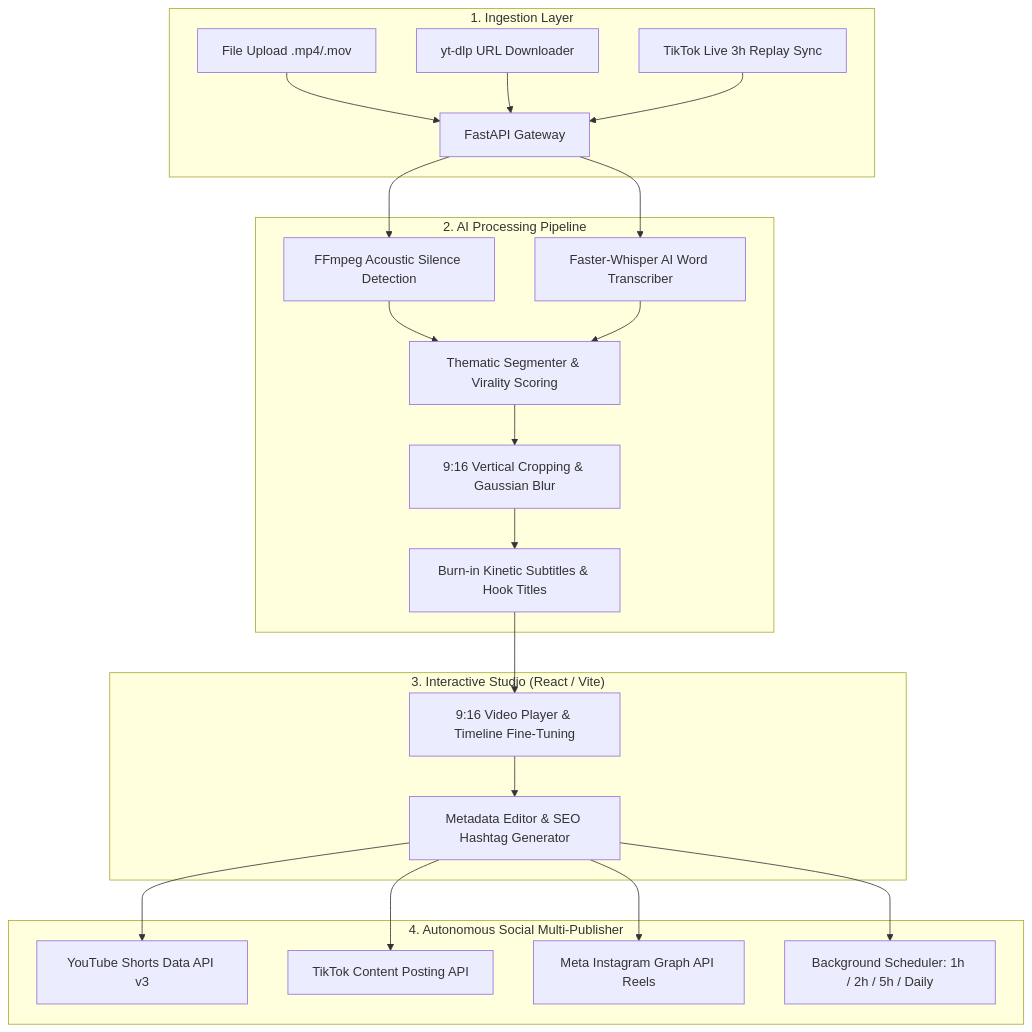
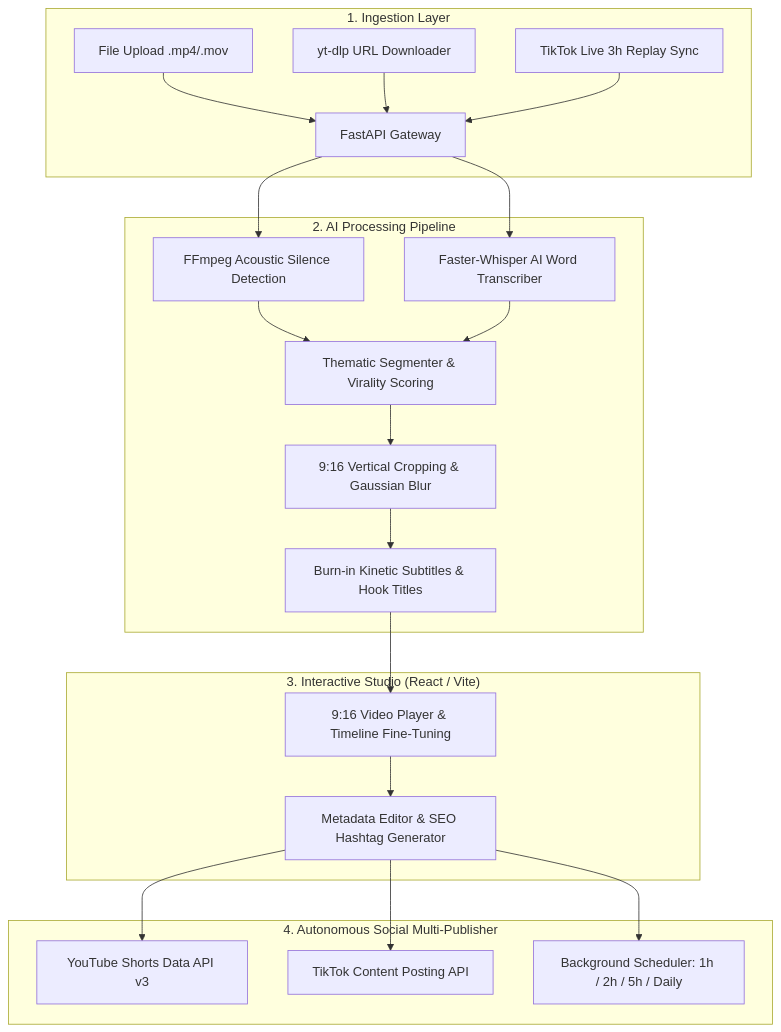
The diagram in README.md (kalifa4y/Zap2), drawn with Mermaid before and after one commit. The commit also changed other lines of this file and 16 other files, not shown here.

Commit message:
chore: remove all Meta and Instagram references from codebase, focus on YouTube and TikTok

````diff
--- a/README.md
+++ b/README.md
@@ -59,28 +59,27 @@
 ```mermaid
 flowchart TD
     subgraph INGESTION["1. Ingestion Layer"]
         A[File Upload .mp4/.mov] --> M[FastAPI Gateway]
         B[yt-dlp URL Downloader] --> M
         C[TikTok Live 3h Replay Sync] --> M
     end
 
     subgraph AI_PIPELINE["2. AI Processing Pipeline"]
         M --> D[FFmpeg Acoustic Silence Detection]
         M --> E[Faster-Whisper AI Word Transcriber]
         D & E --> F[Thematic Segmenter & Virality Scoring]
         F --> G[9:16 Vertical Cropping & Gaussian Blur]
         G --> H[Burn-in Kinetic Subtitles & Hook Titles]
     end
 
     subgraph STUDIO["3. Interactive Studio (React / Vite)"]
         H --> I[9:16 Video Player & Timeline Fine-Tuning]
         I --> J[Metadata Editor & SEO Hashtag Generator]
     end
 
     subgraph SOCIAL["4. Autonomous Social Multi-Publisher"]
         J --> K[YouTube Shorts Data API v3]
         J --> L[TikTok Content Posting API]
-        J --> N[Meta Instagram Graph API Reels]
         J --> O[Background Scheduler: 1h / 2h / 5h / Daily]
     end
 ```
````
